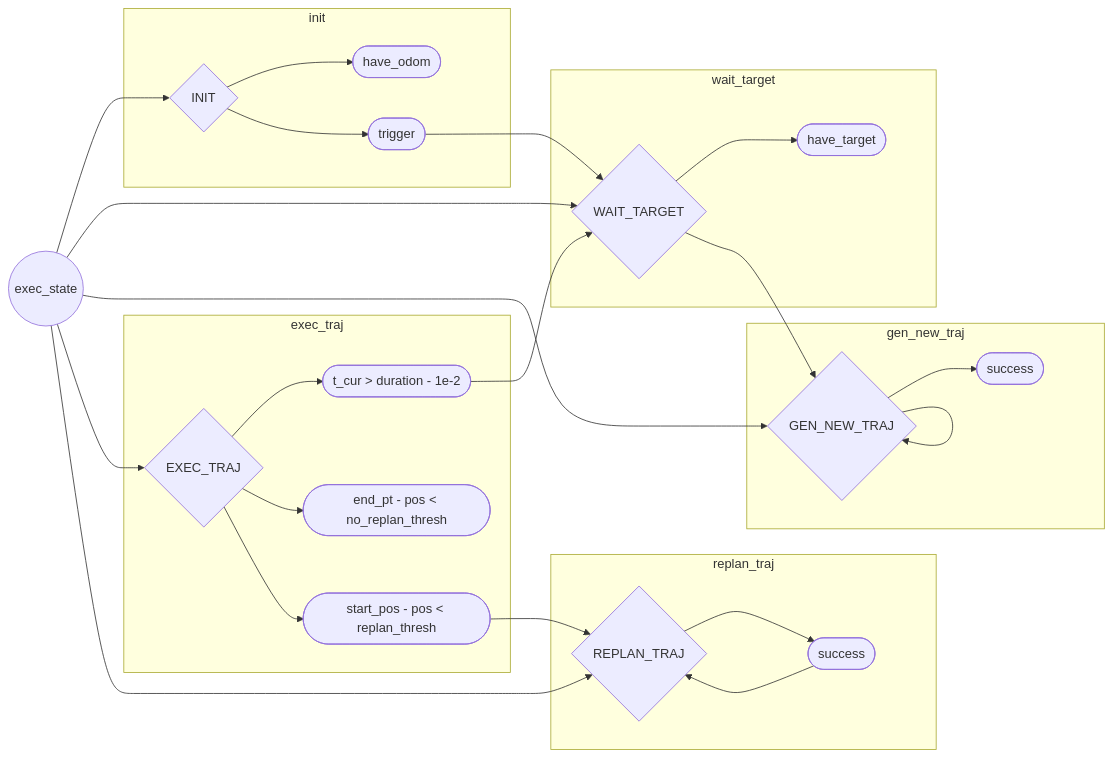
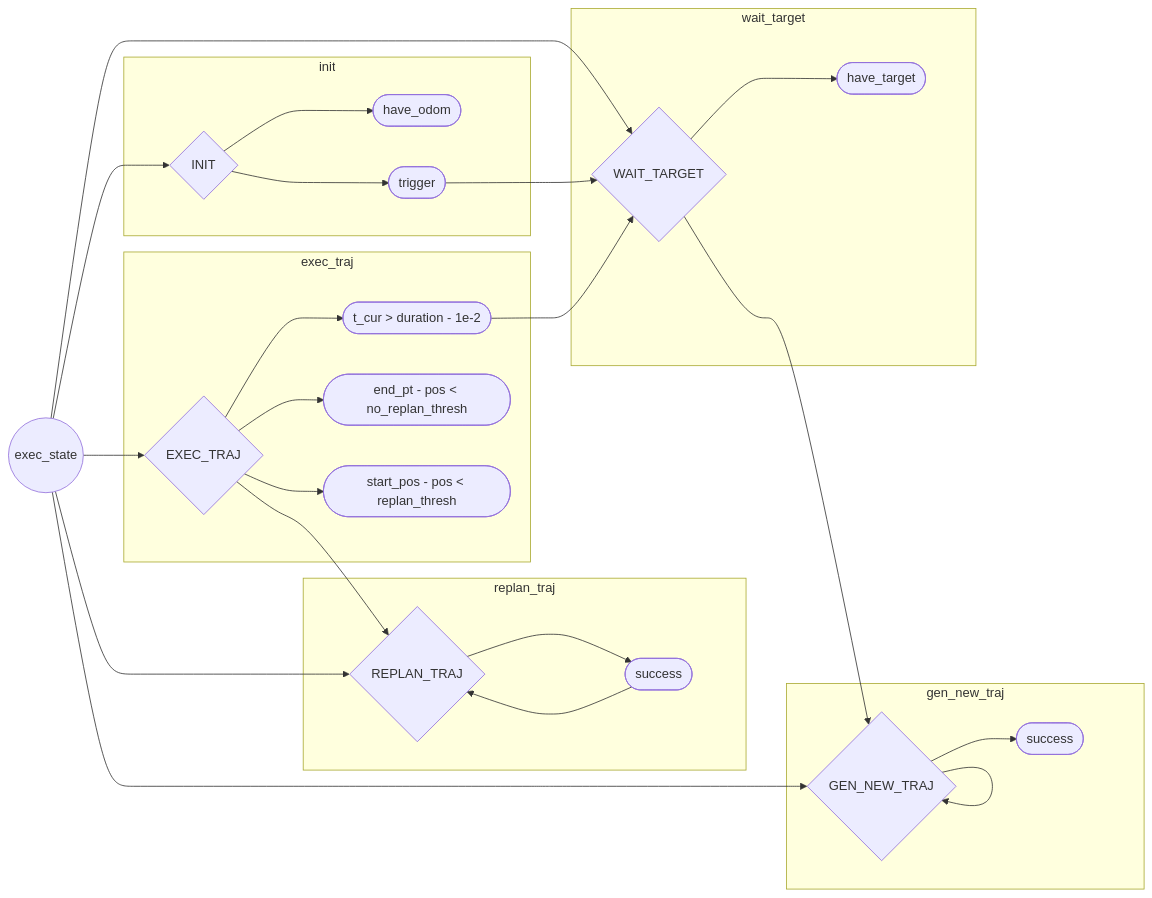
Before and after one commit to Dieptranivsr/drone_extend: the first of 2 diagrams in sp_code/create_table.md, drawn with Mermaid.

````diff
--- a/sp_code/create_table.md
+++ b/sp_code/create_table.md
@@ -1,32 +1,32 @@
 ```mermaid
 flowchart LR
     id1((exec_state)) --> id2{INIT}
     id1 --> id3{WAIT_TARGET}
     id1 --> id4{GEN_NEW_TRAJ}
     id1 --> id5{EXEC_TRAJ}
     id1 --> id6{REPLAN_TRAJ}
     subgraph replan_traj
         id6 --> id14([success])
     end
     subgraph exec_traj
         id5 --> id11([t_cur > duration - 1e-2])
         id5 --> id12([end_pt - pos < no_replan_thresh])
         id5 --> id13([start_pos - pos < replan_thresh])
     end
     subgraph gen_new_traj
         id4 --> id10([success])
     end
     subgraph wait_target
         id3 --> id9([have_target])
     end
     subgraph init
         id2 --> id7([have_odom])
         id2 --> id8([trigger])
     end
     id8 --> id3
     id3 --> id4
     id4 --> id4
+    id5 --> id6
     id11 --> id3
-    id13 --> id6
     id14 --> id6
 ```
````
